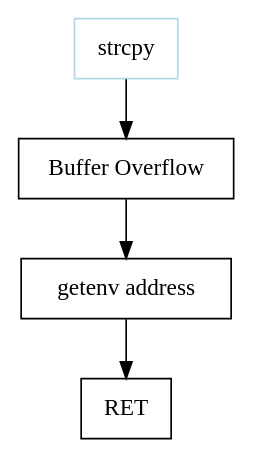
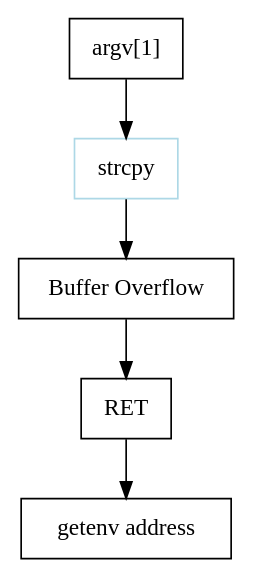
One commit to joizel/ctf_writeup changed the diagram in docs/wargame/pwnable/lob1.rst. Above: the diagram before and after it, drawn with Graphviz. The commit also changed 5 other files, not shown here.

```diff
--- a/docs/wargame/pwnable/lob1.rst
+++ b/docs/wargame/pwnable/lob1.rst
@@ -6,11 +6,11 @@
 .. graphviz::
 
     digraph foo {
-        a -> b -> c -> d;
+        a -> b -> c -> d -> e;
 
-        a [shape=box, color=lightblue, label="strcpy"];
-        b [shape=box, label="argv[1]"];
-        b [shape=box, label="Buffer Overflow"];
-        c [shape=box, label="getenv address"];
+        a [shape=box, label="argv[1]"];
+        b [shape=box, color=lightblue, label="strcpy"];
+        c [shape=box, label="Buffer Overflow"];
         d [shape=box, label="RET"];
+        e [shape=box, label="getenv address"];
     }
```
